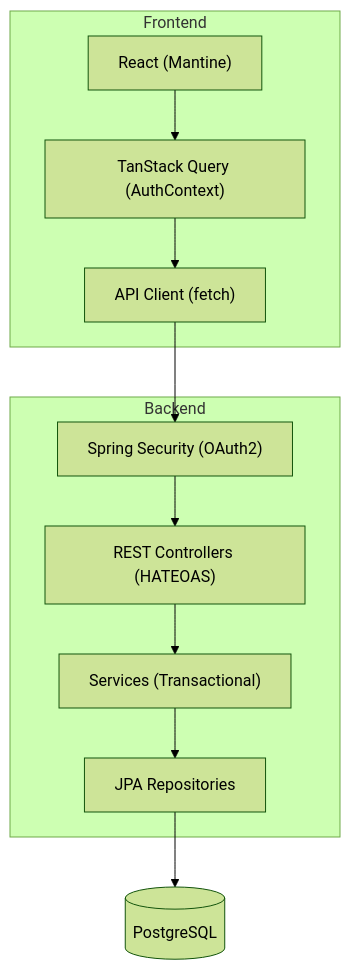
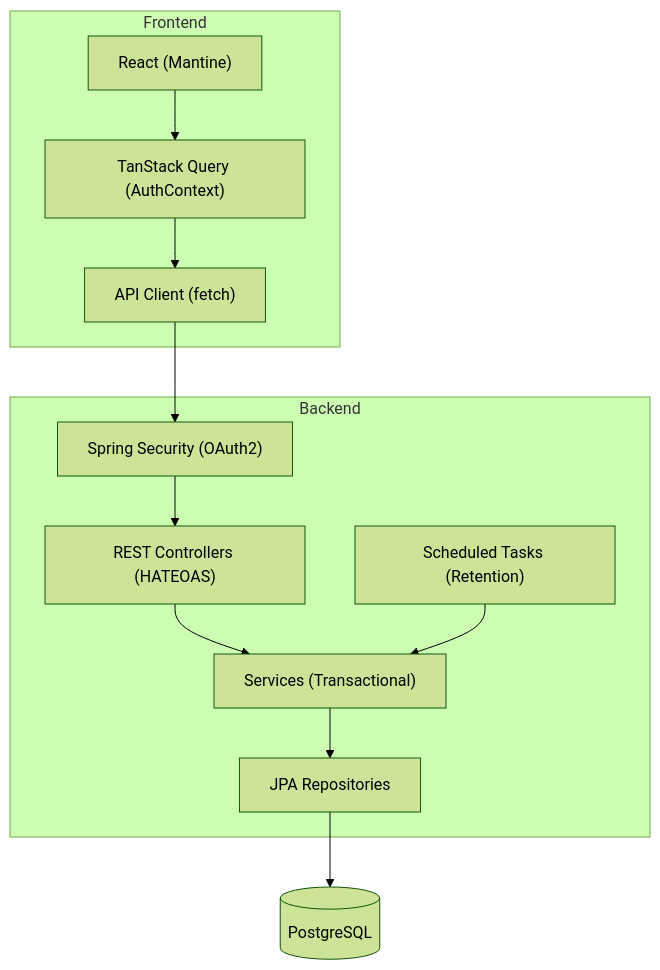
The first of 2 diagrams in docs/specification/design.md (jlmonteiro/home-application), drawn with Mermaid (forest theme) before and after one commit. The commit also changed other lines of this file and 6 other files, not shown here.

````diff
--- a/docs/specification/design.md
+++ b/docs/specification/design.md
@@ -23,23 +24,25 @@
 ```mermaid
 graph TD
     subgraph Frontend
         UI["React (Mantine)"]
         State["TanStack Query (AuthContext)"]
         API["API Client (fetch)"]
     end
 
     subgraph Backend
         Sec["Spring Security (OAuth2)"]
         Ctrl["REST Controllers (HATEOAS)"]
         Srv["Services (Transactional)"]
         Repo["JPA Repositories"]
+        Sched["Scheduled Tasks (Retention)"]
     end
 
     UI --> State
     State --> API
     API --> Sec
     Sec --> Ctrl
     Ctrl --> Srv
     Srv --> Repo
     Repo --> DB[(PostgreSQL)]
+    Sched --> Srv
 ```
````
